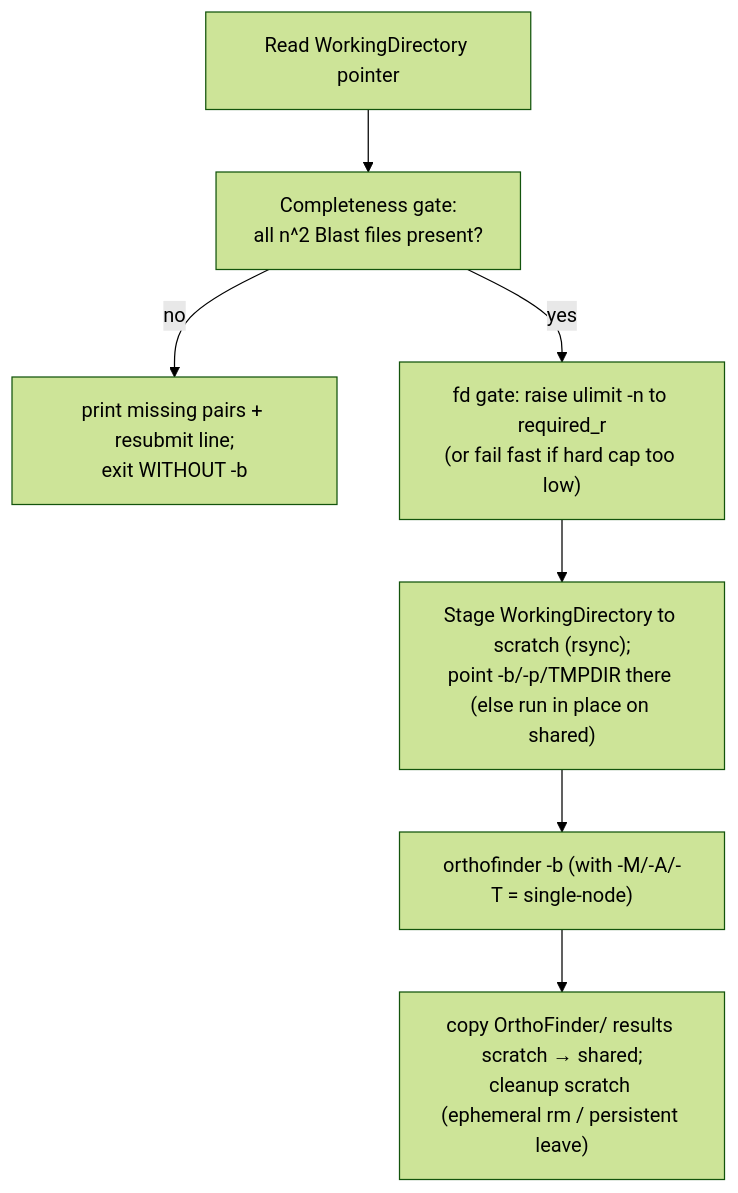
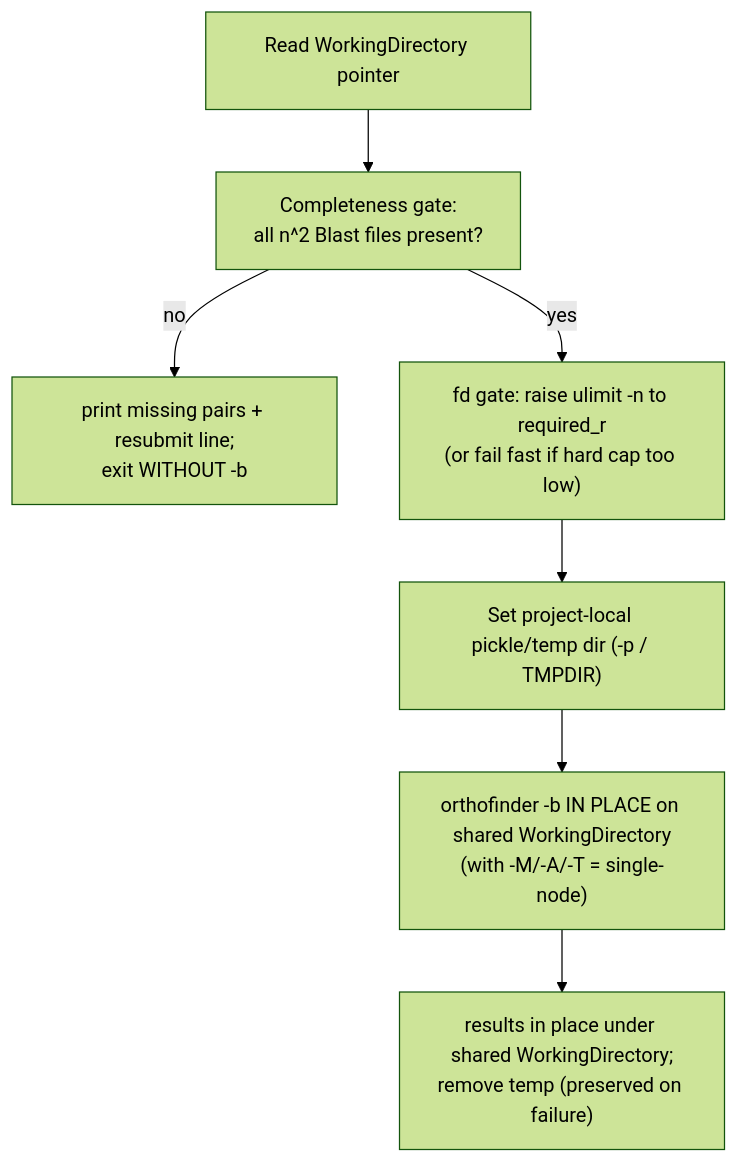
One commit to wkmeyer-lab/GeneFamilyConverge changed the second of 2 diagrams in docs/orthofinder/3-resume-phase.md. Above: the diagram before and after it, drawn with Mermaid (forest theme). The commit also changed other lines of this file and 3 other files, not shown here.

Commit message:
Data does not persist across jobs so work on the main working directory

````diff
--- a/docs/orthofinder/3-resume-phase.md
+++ b/docs/orthofinder/3-resume-phase.md
@@ -74,9 +73,9 @@
 ```mermaid
 flowchart TD
     P["Read WorkingDirectory pointer"] --> G["Completeness gate:<br/>all n^2 Blast files present?"]
     G -->|no| GX["print missing pairs + resubmit line;<br/>exit WITHOUT -b"]
     G -->|yes| F["fd gate: raise ulimit -n to required_r<br/>(or fail fast if hard cap too low)"]
-    F --> T["Stage WorkingDirectory to scratch (rsync);<br/>point -b/-p/TMPDIR there (else run in place on shared)"]
-    T --> B["orthofinder -b (with -M/-A/-T = single-node)"]
-    B --> CL["copy OrthoFinder/ results scratch → shared;<br/>cleanup scratch (ephemeral rm / persistent leave)"]
+    F --> T["Set project-local pickle/temp dir (-p / TMPDIR)"]
+    T --> B["orthofinder -b IN PLACE on shared WorkingDirectory<br/>(with -M/-A/-T = single-node)"]
+    B --> CL["results in place under shared WorkingDirectory;<br/>remove temp (preserved on failure)"]
 ```
````
